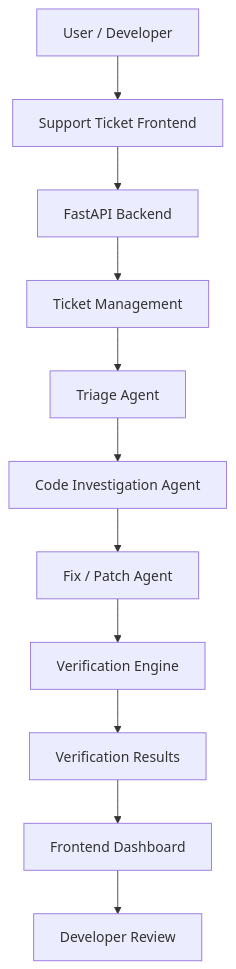
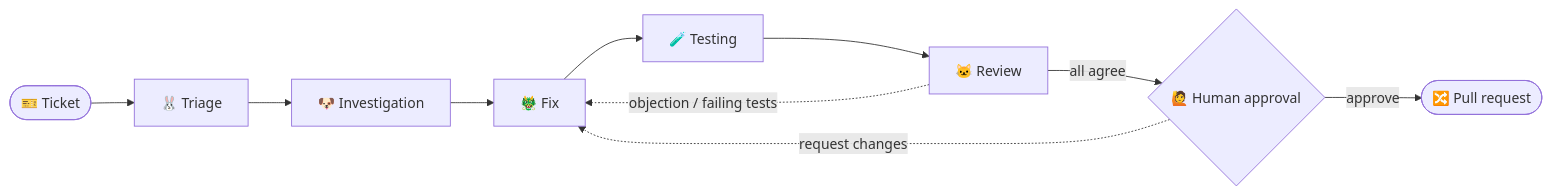
One commit to Durreshehwar15/HalluciNation changed the diagram in README.md. Above: the diagram before and after it, drawn with Mermaid. The commit also changed other lines of this file, not shown here.

````diff
--- a/README.md
+++ b/README.md
@@ -63,13 +77,12 @@
 ```mermaid
-flowchart TD
-    A[User / Developer] --> B[Support Ticket Frontend]
-    B --> C[FastAPI Backend]
-    C --> D[Ticket Management]
-    D --> E[Triage Agent]
-    E --> F[Code Investigation Agent]
-    F --> G[Fix / Patch Agent]
-    G --> H[Verification Engine]
-    H --> I[Verification Results]
-    I --> J[Frontend Dashboard]
-    J --> K[Developer Review]
+flowchart LR
+    A([🎫 Ticket]) --> B[🐰 Triage]
+    B --> C[🐶 Investigation]
+    C --> D[🐲 Fix]
+    D --> E[🧪 Testing]
+    E --> F[🐱 Review]
+    F -->|all agree| G{🙋 Human approval}
+    F -.->|objection / failing tests| D
+    G -->|approve| H([🔀 Pull request])
+    G -.->|request changes| D
 ```
````
